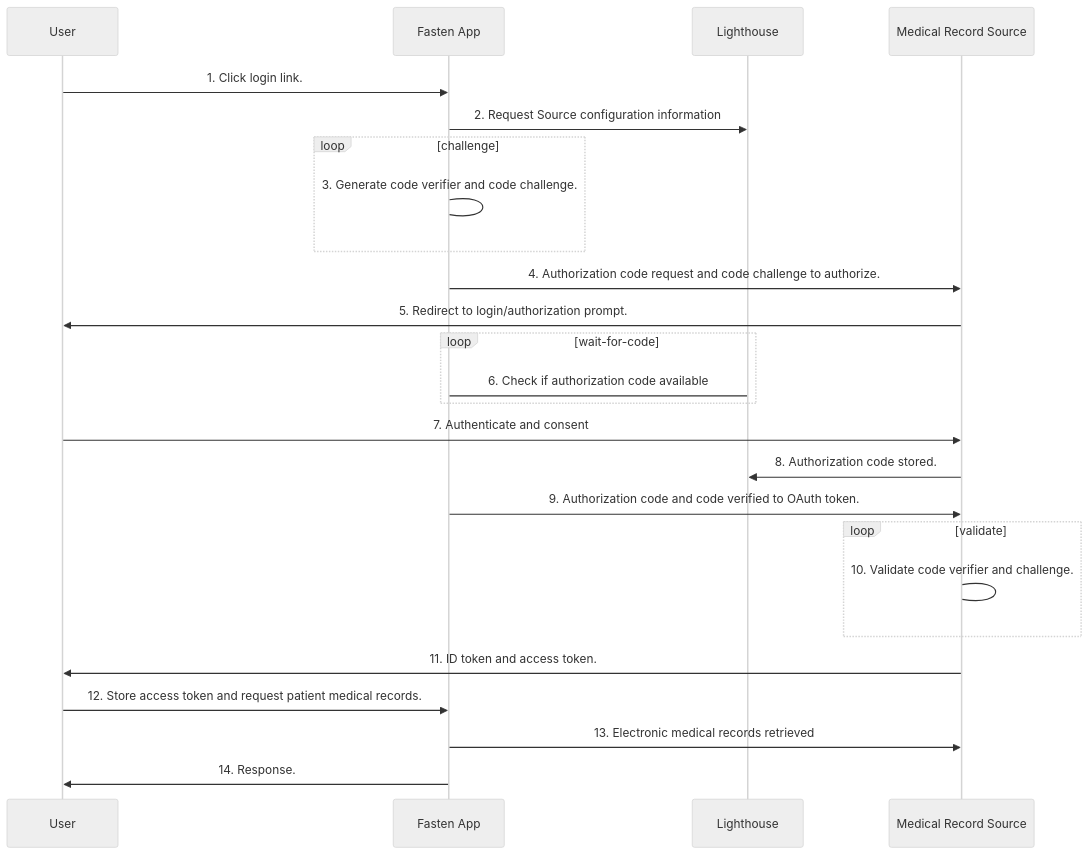
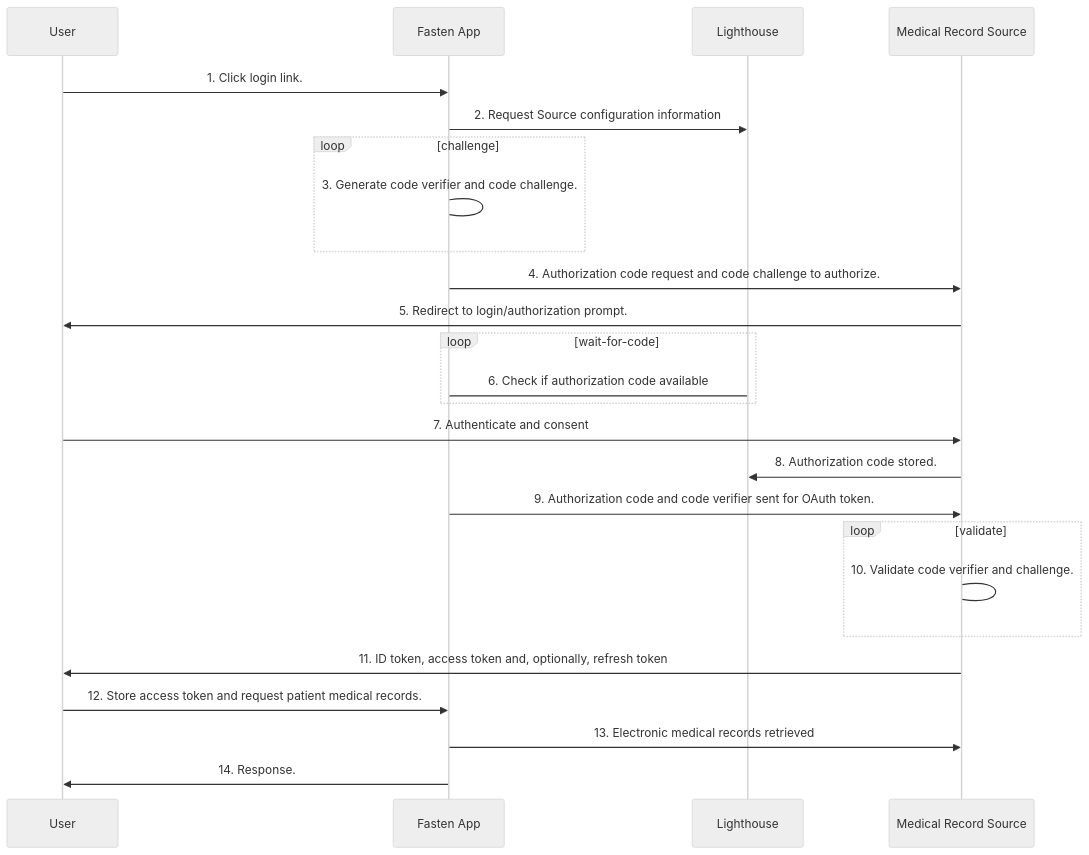
One commit to fastenhealth/docs changed the diagram in ARCHITECTURE.md. Above: the diagram before and after it, drawn with Mermaid (neutral theme). The commit also changed other lines of this file, not shown here.

Commit message:
vault backup: 2022-09-13 22:19:11

````diff
--- a/ARCHITECTURE.md
+++ b/ARCHITECTURE.md
@@ -2,37 +2,37 @@
 ```mermaid
 sequenceDiagram
     participant User
     participant Fasten App
     participant Lighthouse
     participant Medical Record Source
 	
 
     User->>Fasten App: 1. Click login link.
 
 	Fasten App->>Lighthouse: 2. Request Source configuration information
 
     loop challenge
     Fasten App->Fasten App: 3. Generate code verifier and code challenge.
     end
     
     Fasten App->>Medical Record Source: 4. Authorization code request and code challenge to authorize.
     Medical Record Source->>User: 5. Redirect to login/authorization prompt.
 
 	loop wait-for-code
     Fasten App->Lighthouse: 6. Check if authorization code available
     end
 
     User->>Medical Record Source: 7. Authenticate and consent
     Medical Record Source->>Lighthouse: 8. Authorization code stored.
-    Fasten App->>Medical Record Source: 9. Authorization code and code verified to OAuth token.
+    Fasten App->>Medical Record Source: 9. Authorization code and code verifier sent for OAuth token.
     
     loop validate
     Medical Record Source->Medical Record Source: 10. Validate code verifier and challenge.
     end
     
-    Medical Record Source->>User: 11. ID token and access token.
+    Medical Record Source->>User: 11. ID token, access token and, optionally, refresh token
     User->>Fasten App: 12. Store access token and request patient medical records.
     Fasten App->>Medical Record Source: 13. Electronic medical records retrieved
     Fasten App->>User: 14. Response.
 
 ```
````
